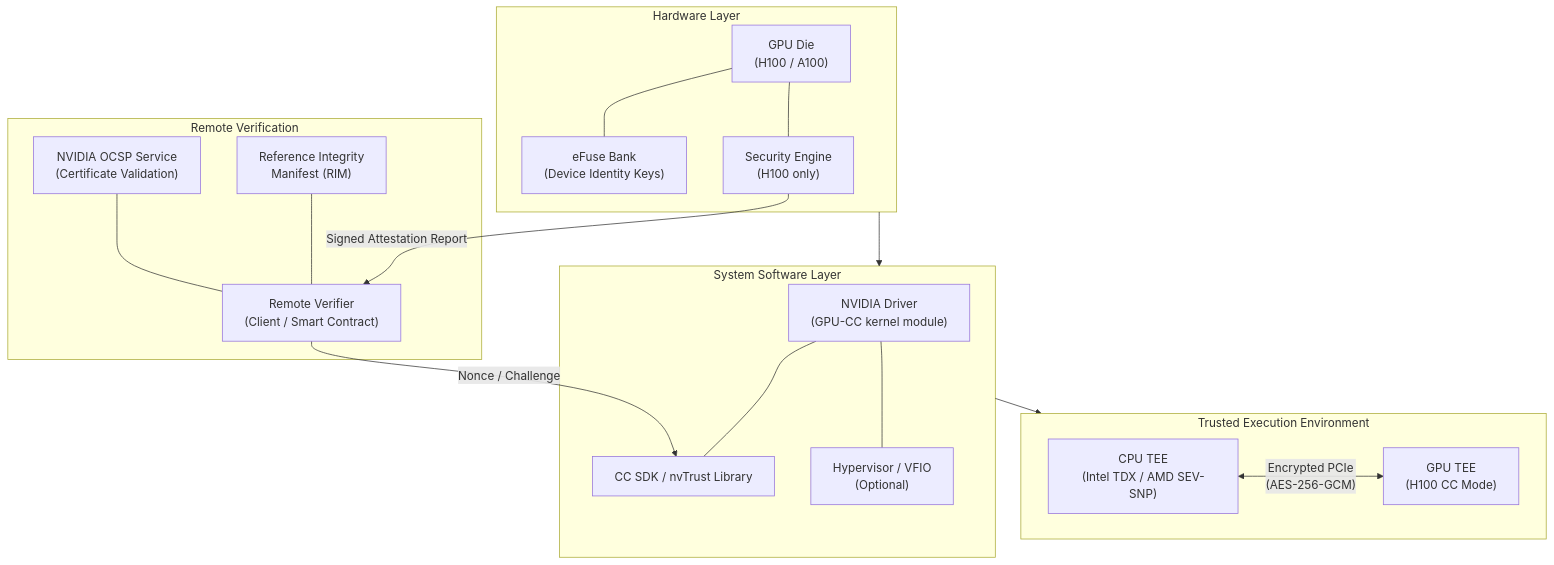
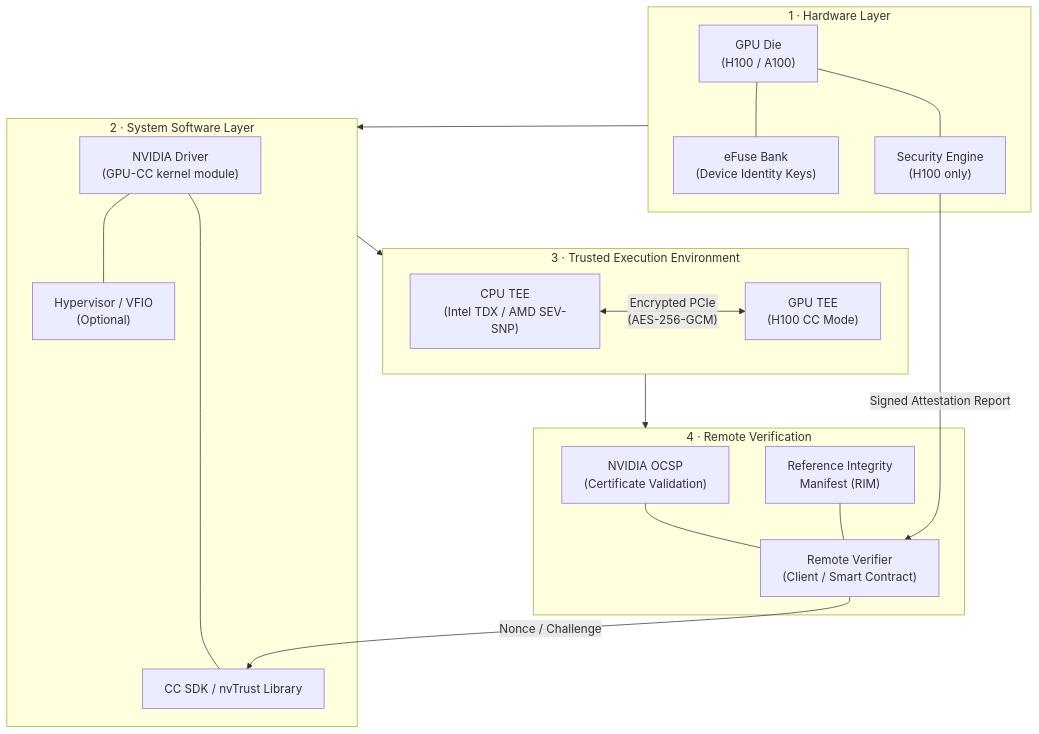
One commit to SolidRegardless/gpu-health-monitor changed the first of 12 diagrams in docs/security/gpu-attestation-analysis.md. Above: the diagram before and after it, drawn with Mermaid. The commit also changed other lines of this file, not shown here.

Commit message:
Adjusted the mermaid diagram under section 3 so that it displays better on a narrow FoV, e.g. as per github

````diff
--- a/docs/security/gpu-attestation-analysis.md
+++ b/docs/security/gpu-attestation-analysis.md
@@ -72,37 +72,38 @@
 ```mermaid
 flowchart TD
-    subgraph HW["Hardware Layer"]
+    subgraph HW["1 · Hardware Layer"]
         GPU["GPU Die\n(H100 / A100)"]
         FUSE["eFuse Bank\n(Device Identity Keys)"]
         SE["Security Engine\n(H100 only)"]
         GPU --- FUSE
         GPU --- SE
     end
 
-    subgraph SW["System Software Layer"]
+    subgraph SW["2 · System Software Layer"]
         DRIVER["NVIDIA Driver\n(GPU-CC kernel module)"]
         CCLIB["CC SDK / nvTrust Library"]
         VIRT["Hypervisor / VFIO\n(Optional)"]
         DRIVER --- CCLIB
         DRIVER --- VIRT
     end
 
-    subgraph TEE["Trusted Execution Environment"]
+    subgraph TEE["3 · Trusted Execution Environment"]
         CPUTEE["CPU TEE\n(Intel TDX / AMD SEV-SNP)"]
         GPUTEE["GPU TEE\n(H100 CC Mode)"]
         CPUTEE <-->|"Encrypted PCIe\n(AES-256-GCM)"| GPUTEE
     end
 
-    subgraph VERIF["Remote Verification"]
-        OCSP["NVIDIA OCSP Service\n(Certificate Validation)"]
+    subgraph VERIF["4 · Remote Verification"]
+        OCSP["NVIDIA OCSP\n(Certificate Validation)"]
         RIM["Reference Integrity\nManifest (RIM)"]
         VERIFIER["Remote Verifier\n(Client / Smart Contract)"]
         OCSP --- VERIFIER
         RIM --- VERIFIER
     end
 
     HW --> SW
     SW --> TEE
+    TEE --> VERIF
     SE -->|"Signed Attestation Report"| VERIFIER
     VERIFIER -->|"Nonce / Challenge"| CCLIB
 ```
````
